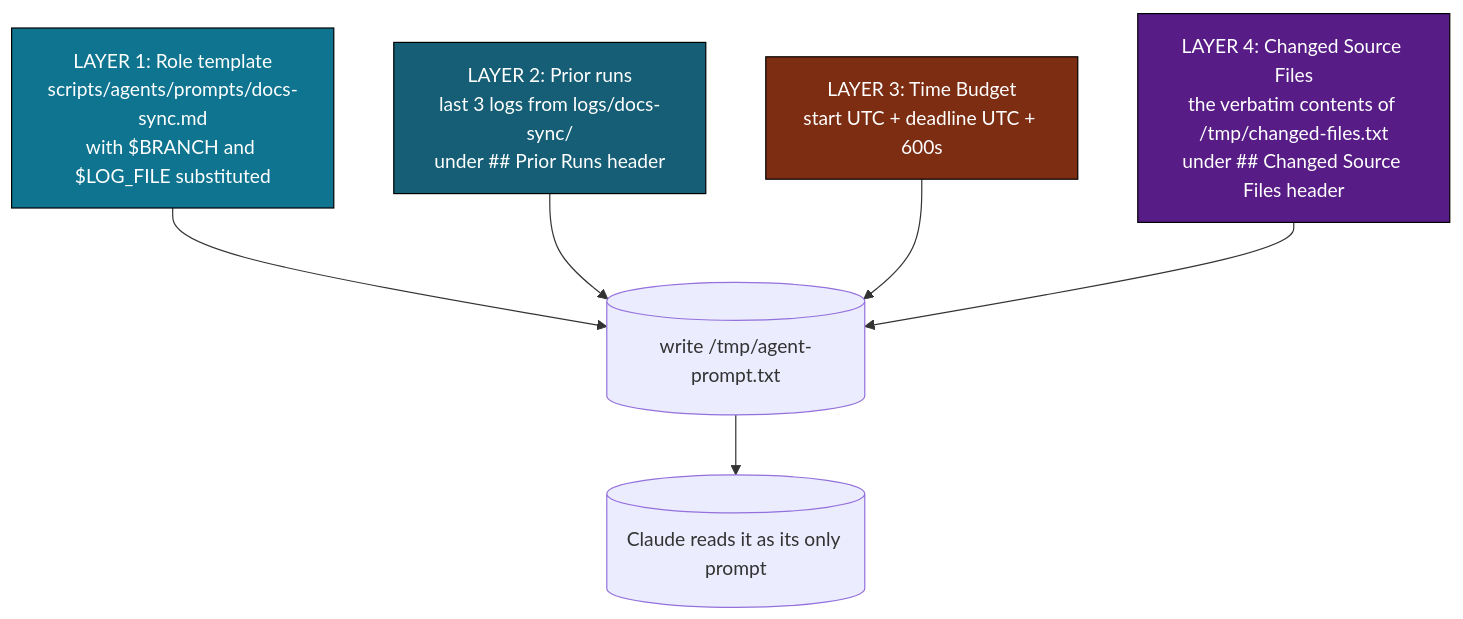
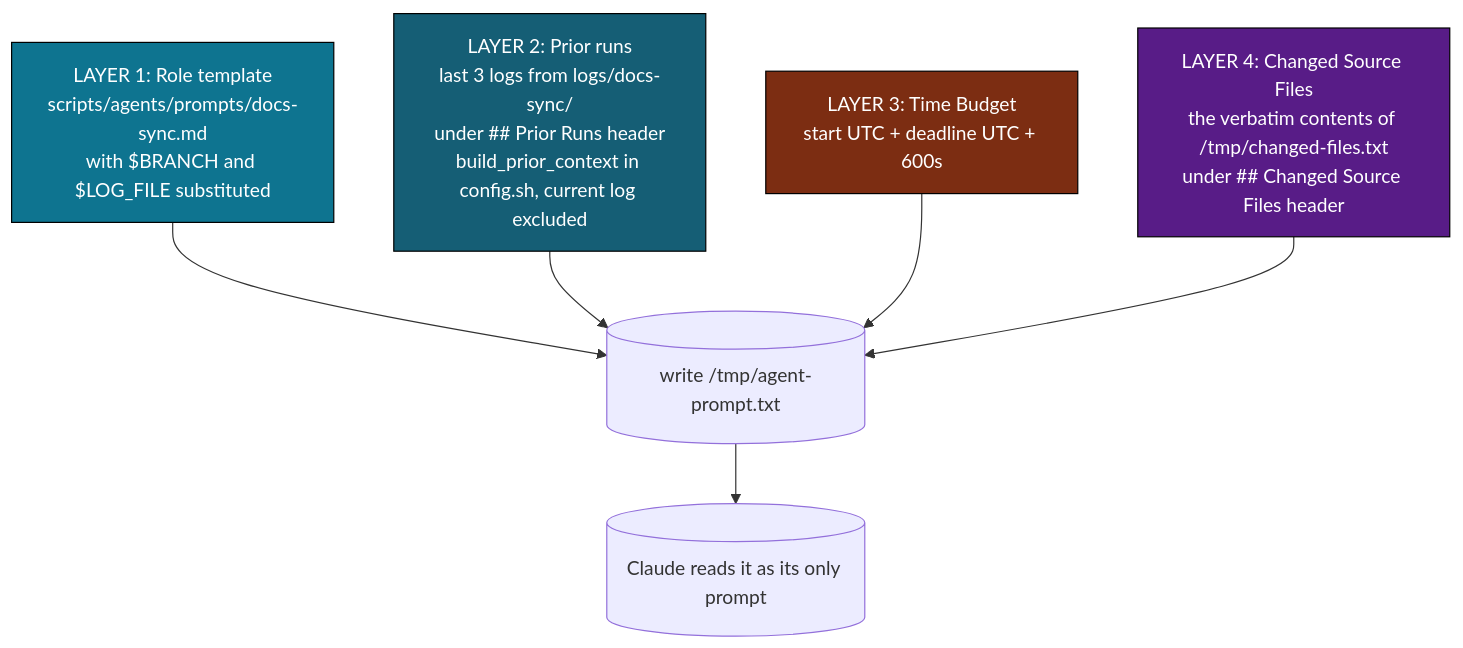
One commit to llm-exe/llm-exe changed the ninth of 16 diagrams in .github/docs/DOCS_SYNC_DEEP_DIVE.md. Above: the diagram before and after it, drawn with Mermaid. The commit also changed 3 other files, not shown here.

Commit message:
docs: sync deep dives after build_prior_context move to config.sh

````diff
--- a/.github/docs/DOCS_SYNC_DEEP_DIVE.md
+++ b/.github/docs/DOCS_SYNC_DEEP_DIVE.md
@@ -361,18 +361,18 @@
 ```mermaid
 flowchart TB
     classDef l1 fill:#0e7490,color:#fff,stroke:#000
     classDef l2 fill:#155e75,color:#fff,stroke:#000
     classDef l3 fill:#7c2d12,color:#fff,stroke:#000
     classDef l4 fill:#581c87,color:#fff,stroke:#000
 
     A["LAYER 1: Role template\nscripts/agents/prompts/docs-sync.md\nwith $BRANCH and $LOG_FILE substituted"]:::l1
-    B["LAYER 2: Prior runs\nlast 3 logs from logs/docs-sync/\nunder ## Prior Runs header"]:::l2
+    B["LAYER 2: Prior runs\nlast 3 logs from logs/docs-sync/\nunder ## Prior Runs header\nbuild_prior_context in config.sh, current log excluded"]:::l2
     C["LAYER 3: Time Budget\nstart UTC + deadline UTC + 600s"]:::l3
     D["LAYER 4: Changed Source Files\nthe verbatim contents of /tmp/changed-files.txt\nunder ## Changed Source Files header"]:::l4
 
     A --> X[("write /tmp/agent-prompt.txt")]
     B --> X
     C --> X
     D --> X
     X --> R[("Claude reads it as its only prompt")]
 ```
````
